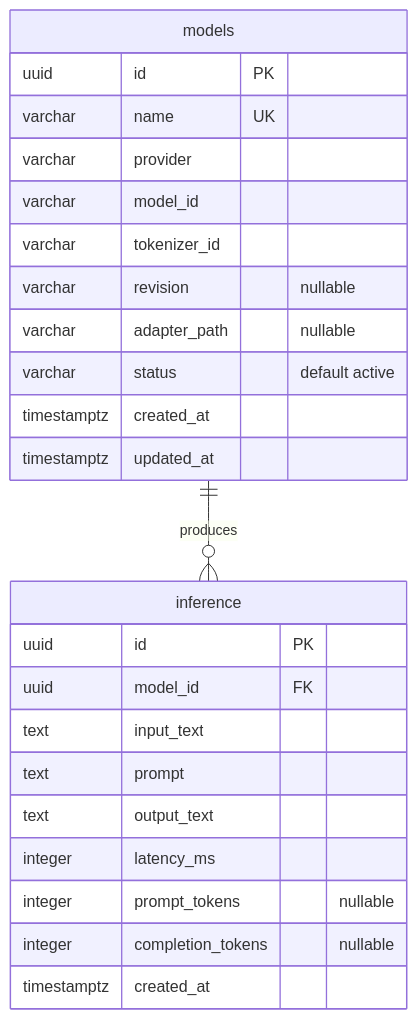
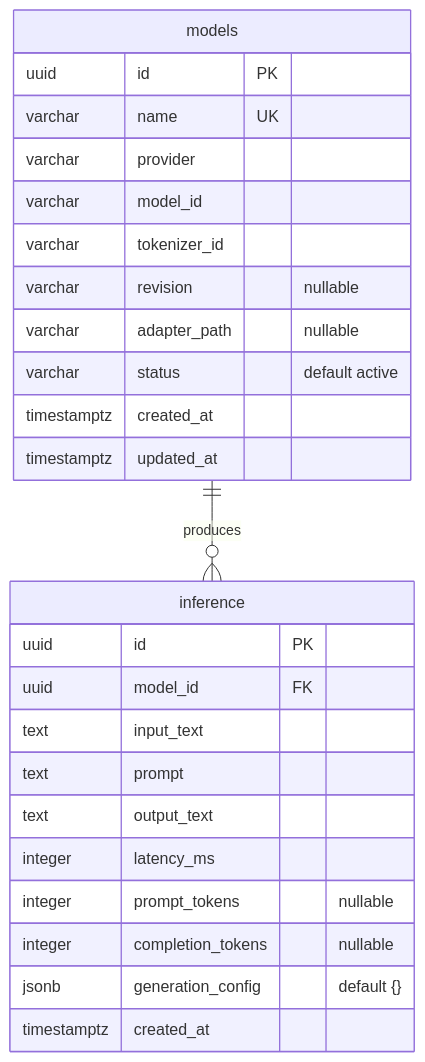
Before and after one commit to DimitarAtanassov/arc-model-lab: the diagram in docs/database-erd.md, drawn with Mermaid. The commit also changed other lines of this file and 7 other files, not shown here.

````diff
--- a/docs/database-erd.md
+++ b/docs/database-erd.md
@@ -17,29 +18,30 @@
 ```mermaid
 erDiagram
     models ||--o{ inference : produces
 
     models {
         uuid id PK
         varchar name UK
         varchar provider
         varchar model_id
         varchar tokenizer_id
         varchar revision "nullable"
         varchar adapter_path "nullable"
         varchar status "default active"
         timestamptz created_at
         timestamptz updated_at
     }
 
     inference {
         uuid id PK
         uuid model_id FK
         text input_text
         text prompt
         text output_text
         integer latency_ms
         integer prompt_tokens "nullable"
         integer completion_tokens "nullable"
+        jsonb generation_config "default {}"
         timestamptz created_at
     }
 ```
````
